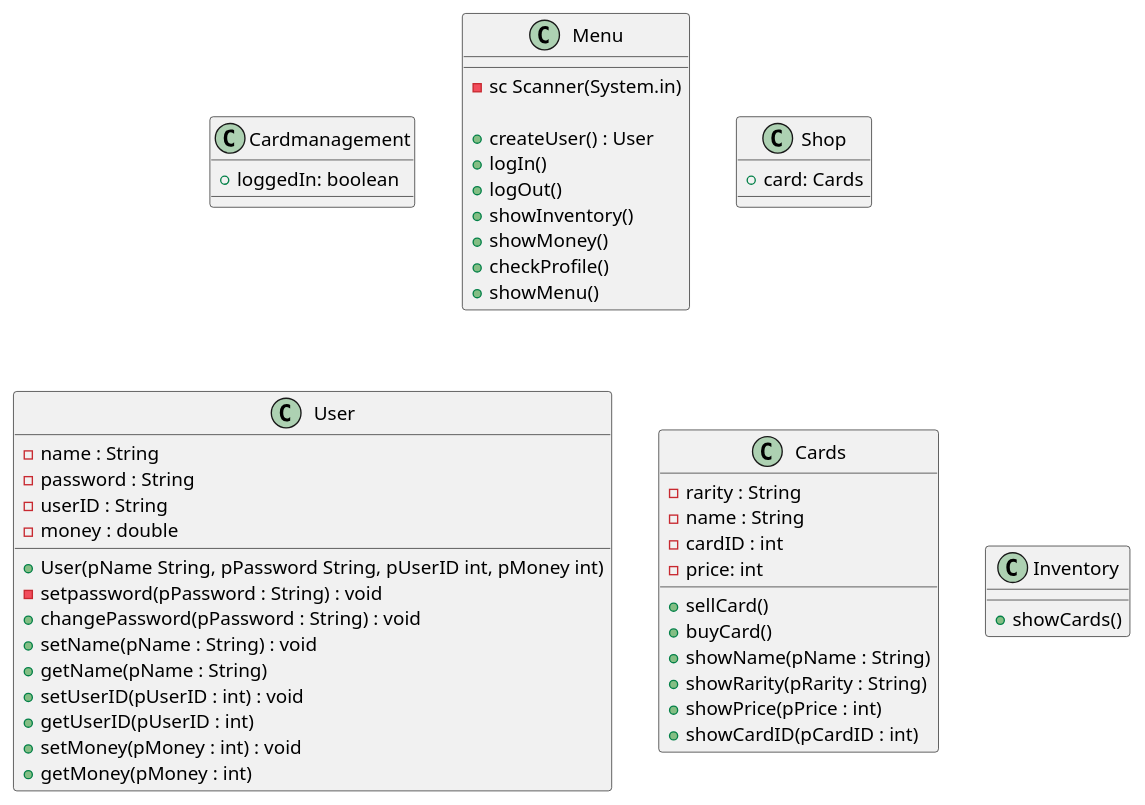
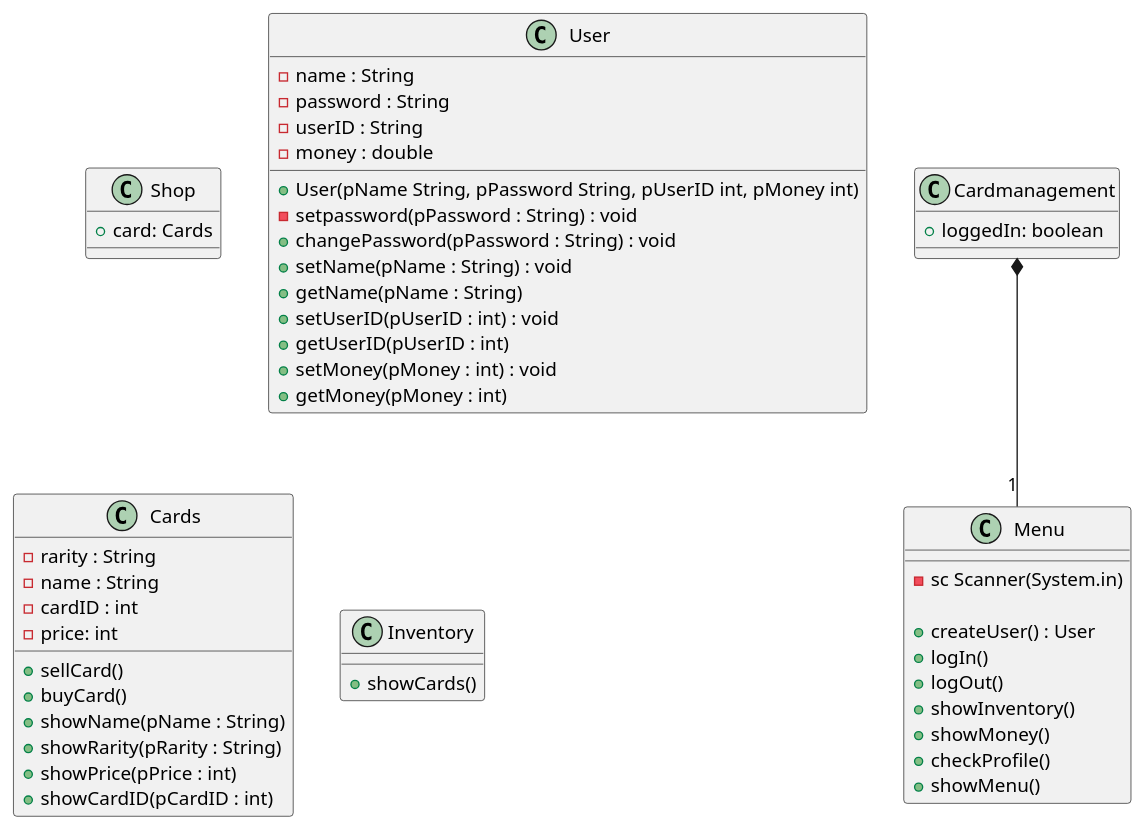
One commit to HEBK-BGM/Verwaltungssoftware_Team_4 changed the diagram in Docs/Pflichtenheft/Diagramme/Klassendiagramm-Card.iuml. Above: the diagram before and after it, drawn with PlantUML.

Commit message:
[ADD] 1 composition

```diff
--- a/Docs/Pflichtenheft/Diagramme/Klassendiagramm-Card.iuml
+++ b/Docs/Pflichtenheft/Diagramme/Klassendiagramm-Card.iuml
@@ -1,83 +1,84 @@
 @startuml Klassendiagramm
 
 class Cardmanagement{
     +loggedIn: boolean
 
 
 
 }
 
 
 
 class Menu{
 
     
 
     -sc Scanner(System.in)
 
     +createUser() : User
     +logIn()
     +logOut()
     +showInventory()
     +showMoney()
     +checkProfile()
     +showMenu()
 
 
 }
 
 
 
 
 class Shop{
     + card: Cards
 
 }
 
 
 
 
 class User{
     -name : String
     -password : String
     -userID : String
     -money : double
 
 
     + User(pName String, pPassword String, pUserID int, pMoney int)
     -setpassword(pPassword : String) : void
     +changePassword(pPassword : String) : void
     +setName(pName : String) : void 
     +getName(pName : String)  
     +setUserID(pUserID : int) : void
     +getUserID(pUserID : int) 
     +setMoney(pMoney : int) : void
     +getMoney(pMoney : int) 
 
 }
 
 
 
 
 class Cards{
     -rarity : String
     -name : String
     -cardID : int
     -price: int
 
     +sellCard()
     +buyCard()
     +showName(pName : String)
     +showRarity(pRarity : String)
     +showPrice(pPrice : int)
     +showCardID(pCardID : int)
 
 }
 
 
 
 class Inventory{
 
 +showCards()
 }
+Cardmanagement *-- "1" Menu
 @enduml
```
